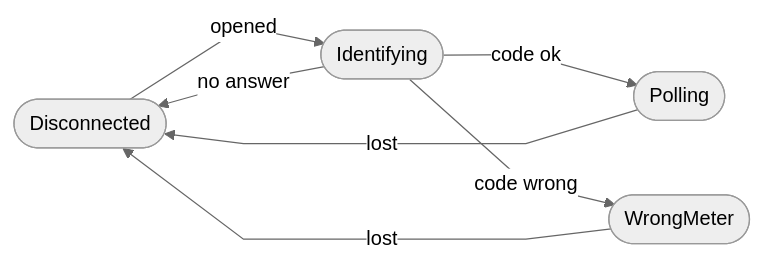
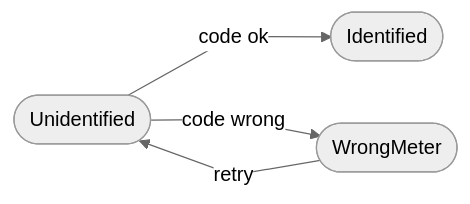
One commit to jar-toiv/iot-testialusta changed the second of 4 diagrams in docs/design/modbus-tcp-driver/design.md. Above: the diagram before and after it, drawn with Mermaid. The commit also changed other lines of this file and 2 other files, not shown here.

First line of the commit message:
docs: identify each meter separately in driver spec

````diff
--- a/docs/design/modbus-tcp-driver/design.md
+++ b/docs/design/modbus-tcp-driver/design.md
@@ -111,10 +128,7 @@
 ```mermaid
 %%{init: {'theme':'neutral', 'flowchart': {'curve':'linear'}}}%%
 flowchart LR
-    D([Disconnected]) -- opened --> I([Identifying])
-    I -- code ok --> P([Polling])
-    I -- code wrong --> W([WrongMeter])
-    I -- no answer --> D
-    P -- lost --> D
-    W -- lost --> D
+    U([Unidentified]) -- code ok --> I([Identified])
+    U -- code wrong --> W([WrongMeter])
+    W -- retry --> U
 ```
````
